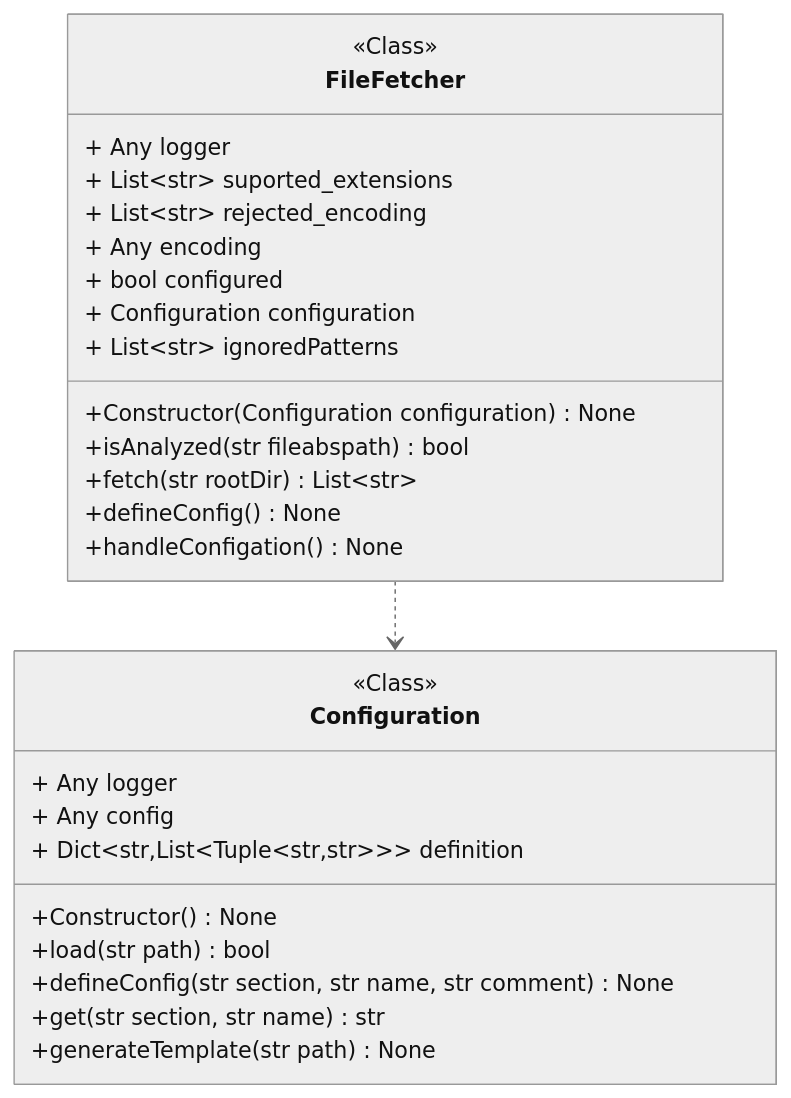
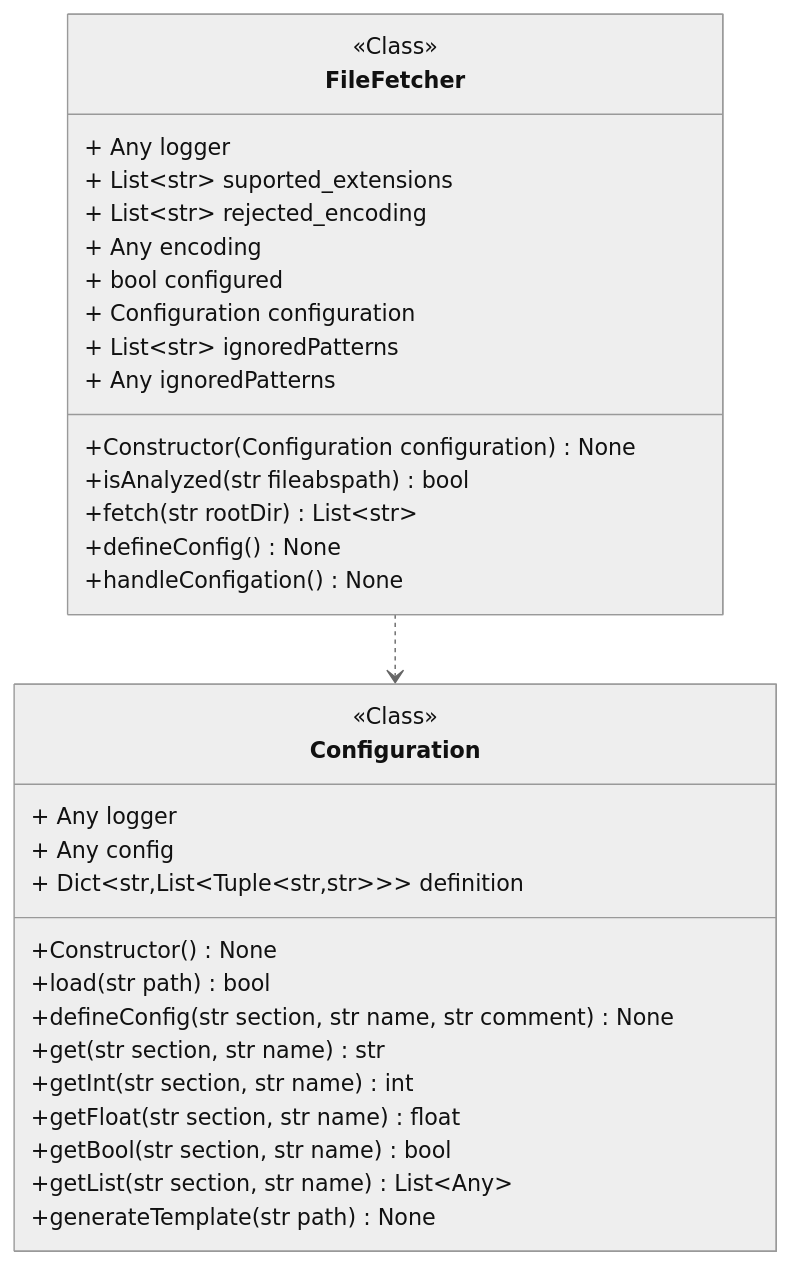
The diagram in docs/source/code/diagrams/pycodeanalyzer_core_filetree_filefetcher_FileFetcher.mmd (miong/pycodeanalyzer), drawn with Mermaid (neutral theme) before and after one commit. The commit also changed 8 other files, not shown here.

```diff
--- a/docs/source/code/diagrams/pycodeanalyzer_core_filetree_filefetcher_FileFetcher.mmd
+++ b/docs/source/code/diagrams/pycodeanalyzer_core_filetree_filefetcher_FileFetcher.mmd
@@ -1,29 +1,34 @@
 classDiagram
 class FileFetcher {
 <<Class>>
 + Any logger
 + List~str~ suported_extensions
 + List~str~ rejected_encoding
 + Any encoding
 + bool configured
 + Configuration configuration
 + List~str~ ignoredPatterns
++ Any ignoredPatterns
 +Constructor(Configuration configuration) None
 +isAnalyzed(str fileabspath) bool
 +fetch(str rootDir) List~str~
 +defineConfig() None
 +handleConfigation() None
 }
 class Configuration {
 <<Class>>
 + Any logger
 + Any config
 + Dict&lt;str,List&lt;Tuple&lt;str,str&gt;&gt;&gt; definition
 +Constructor() None
 +load(str path) bool
 +defineConfig(str section, str name, str comment) None
 +get(str section, str name) str
++getInt(str section, str name) int
++getFloat(str section, str name) float
++getBool(str section, str name) bool
++getList(str section, str name) List~Any~
 +generateTemplate(str path) None
 }
 link Configuration "class££pycodeanalyzer::core::configuration::configuration::Configuration"
 FileFetcher ..> Configuration
```
